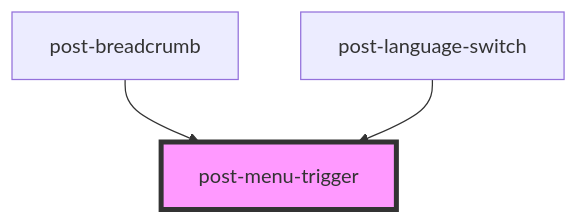
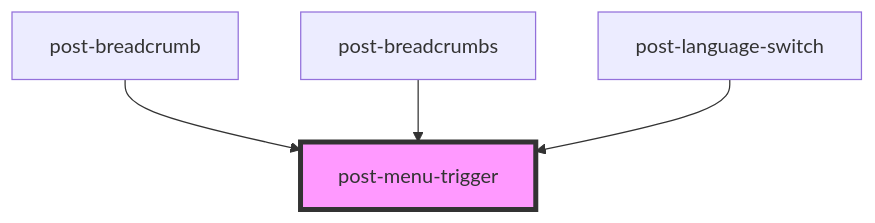
Before and after one commit to swisspost/design-system: the diagram in packages/components/src/components/post-menu-trigger/readme.md, drawn with Mermaid. The commit also changed other lines of this file and 6 other files, not shown here.

````diff
--- a/packages/components/src/components/post-menu-trigger/readme.md
+++ b/packages/components/src/components/post-menu-trigger/readme.md
@@ -23,6 +24,7 @@
 ```mermaid
 graph TD;
   post-breadcrumb --> post-menu-trigger
+  post-breadcrumbs --> post-menu-trigger
   post-language-switch --> post-menu-trigger
   style post-menu-trigger fill:#f9f,stroke:#333,stroke-width:4px
 ```
````
